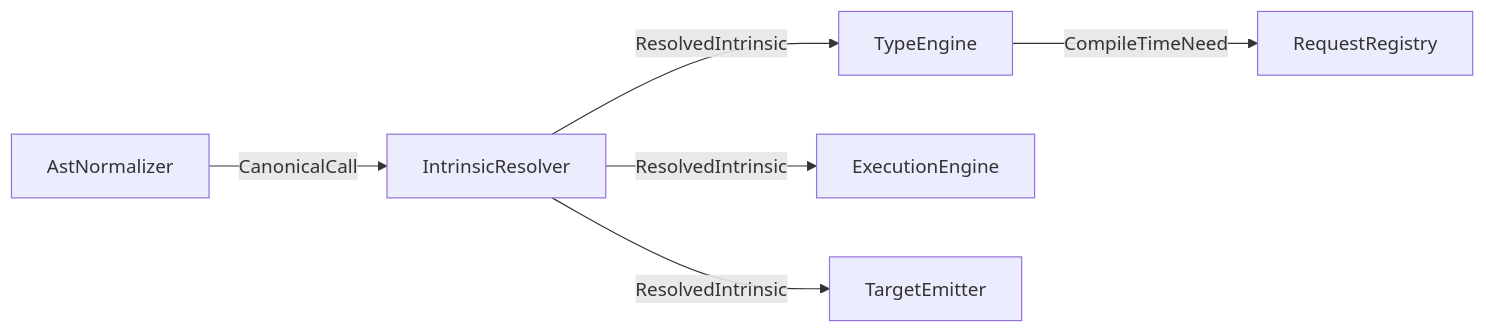
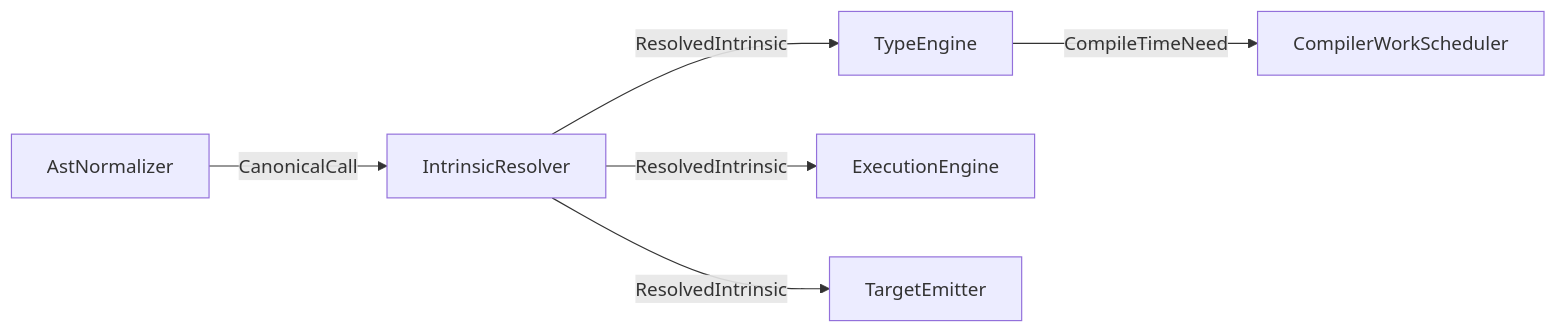
Before and after one commit to JakkuSakura/FerroPhase: the diagram in docs/Intrinsics.md, drawn with Mermaid. The commit also changed 26 other files, not shown here.

First line of the commit message:
feat(compiler): add CompilerScheduler with LIFO stack and blocking support

````diff
--- a/docs/Intrinsics.md
+++ b/docs/Intrinsics.md
@@ -23,8 +23,8 @@
 ```mermaid
 flowchart LR
     AstNormalizer[AstNormalizer] -->|CanonicalCall| IntrinsicResolver[IntrinsicResolver]
     IntrinsicResolver -->|ResolvedIntrinsic| TypeEngine[TypeEngine]
     IntrinsicResolver -->|ResolvedIntrinsic| ExecutionEngine[ExecutionEngine]
     IntrinsicResolver -->|ResolvedIntrinsic| TargetEmitter[TargetEmitter]
-    TypeEngine -->|CompileTimeNeed| RequestRegistry[RequestRegistry]
+    TypeEngine -->|CompileTimeNeed| CompilerWorkScheduler[CompilerWorkScheduler]
 ```
````
